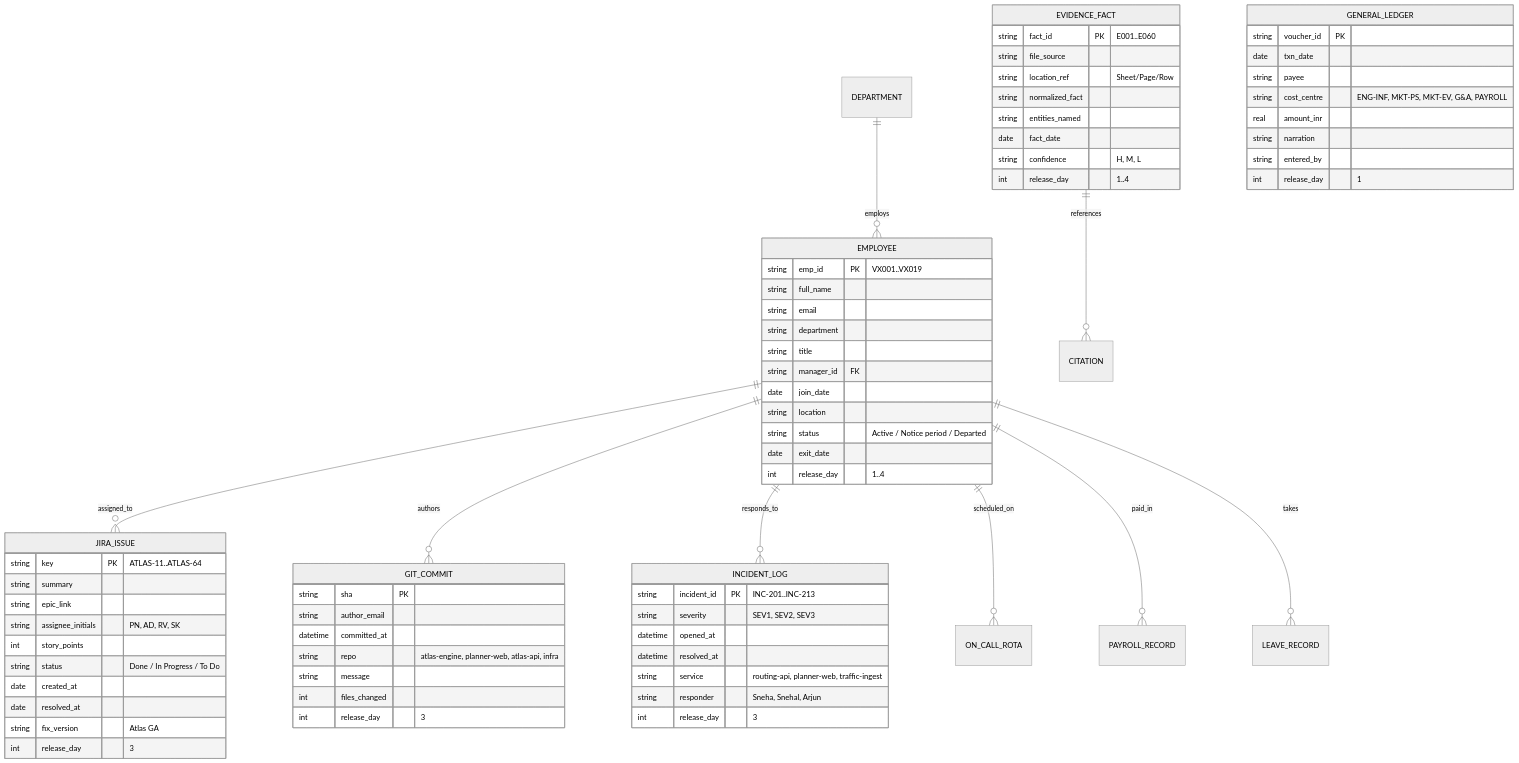
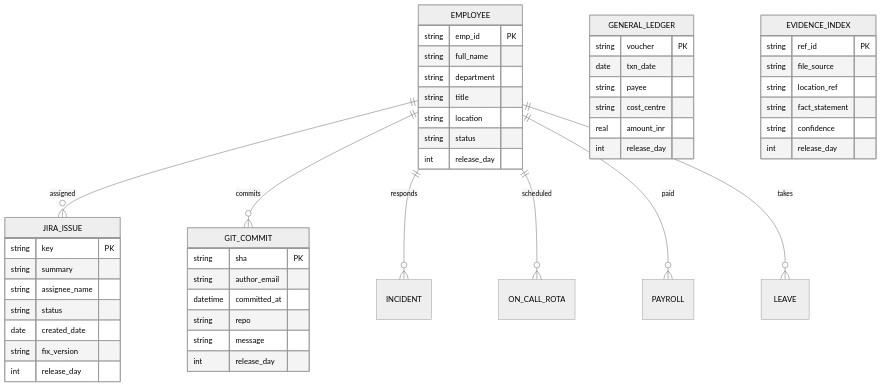
Before and after one commit to Zis440/veloxa-cockpit-saphalya: the second of 2 diagrams in ARCHITECTURE.md, drawn with Mermaid (neutral theme). The commit also changed other lines of this file, not shown here.

Commit message:
docs: streamline ARCHITECTURE.md with pragmatic engineering focus and zero fluff

````diff
--- a/ARCHITECTURE.md
+++ b/ARCHITECTURE.md
@@ -70,80 +78,56 @@
 ```mermaid
 erDiagram
-    EMPLOYEE ||--o{ JIRA_ISSUE : assigned_to
-    EMPLOYEE ||--o{ GIT_COMMIT : authors
-    EMPLOYEE ||--o{ INCIDENT_LOG : responds_to
-    EMPLOYEE ||--o{ ON_CALL_ROTA : scheduled_on
-    EMPLOYEE ||--o{ PAYROLL_RECORD : paid_in
-    EMPLOYEE ||--o{ LEAVE_RECORD : takes
-    DEPARTMENT ||--o{ EMPLOYEE : employs
-    EVIDENCE_FACT ||--o{ CITATION : references
+    EMPLOYEE ||--o{ JIRA_ISSUE : assigned
+    EMPLOYEE ||--o{ GIT_COMMIT : commits
+    EMPLOYEE ||--o{ INCIDENT : responds
+    EMPLOYEE ||--o{ ON_CALL_ROTA : scheduled
+    EMPLOYEE ||--o{ PAYROLL : paid
+    EMPLOYEE ||--o{ LEAVE : takes
 
     EMPLOYEE {
-        string emp_id PK "VX001..VX019"
+        string emp_id PK
         string full_name
-        string email
         string department
         string title
-        string manager_id FK
-        date join_date
         string location
-        string status "Active / Notice period / Departed"
-        date exit_date
-        int release_day "1..4"
+        string status
+        int release_day
     }
 
     JIRA_ISSUE {
-        string key PK "ATLAS-11..ATLAS-64"
+        string key PK
         string summary
-        string epic_link
-        string assignee_initials "PN, AD, RV, SK"
-        int story_points
-        string status "Done / In Progress / To Do"
-        date created_at
-        date resolved_at
-        string fix_version "Atlas GA"
-        int release_day "3"
+        string assignee_name
+        string status
+        date created_date
+        string fix_version
+        int release_day
     }
 
     GIT_COMMIT {
         string sha PK
         string author_email
         datetime committed_at
-        string repo "atlas-engine, planner-web, atlas-api, infra"
+        string repo
         string message
-        int files_changed
-        int release_day "3"
-    }
-
-    INCIDENT_LOG {
-        string incident_id PK "INC-201..INC-213"
-        string severity "SEV1, SEV2, SEV3"
-        datetime opened_at
-        datetime resolved_at
-        string service "routing-api, planner-web, traffic-ingest"
-        string responder "Sneha, Snehal, Arjun"
-        int release_day "3"
+        int release_day
     }
 
     GENERAL_LEDGER {
-        string voucher_id PK
+        string voucher PK
         date txn_date
         string payee
-        string cost_centre "ENG-INF, MKT-PS, MKT-EV, G&A, PAYROLL"
+        string cost_centre
         real amount_inr
-        string narration
-        string entered_by
-        int release_day "1"
+        int release_day
     }
 
-    EVIDENCE_FACT {
-        string fact_id PK "E001..E060"
+    EVIDENCE_INDEX {
+        string ref_id PK
         string file_source
-        string location_ref "Sheet/Page/Row"
-        string normalized_fact
-        string entities_named
-        date fact_date
-        string confidence "H, M, L"
-        int release_day "1..4"
+        string location_ref
+        string fact_statement
+        string confidence
+        int release_day
     }
 ```
````
